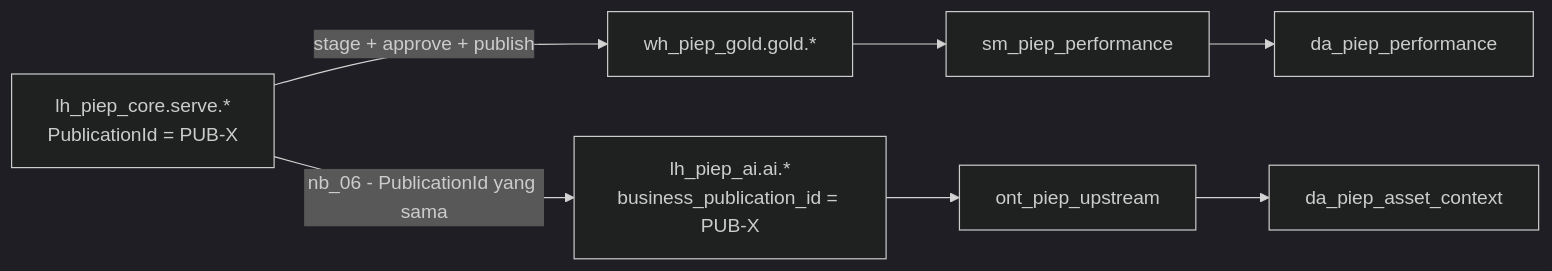
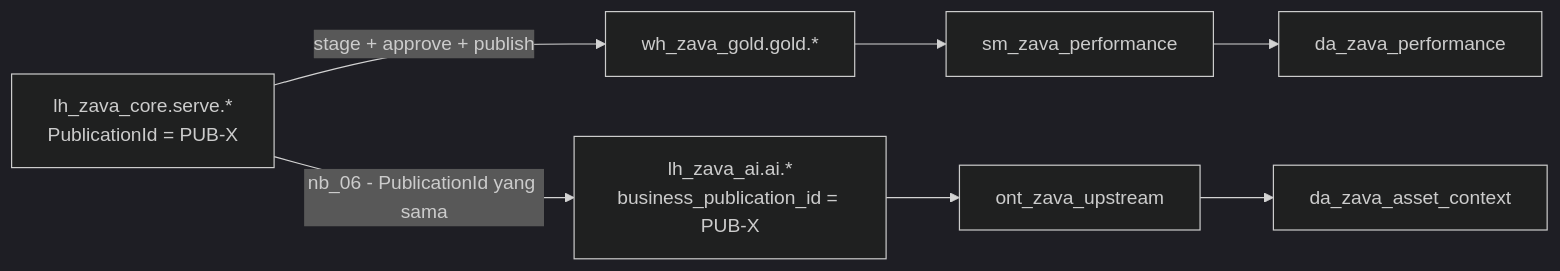
Before and after one commit to edhotp/Microsoft-Fabric-with-PPDM-Demo: the first of 2 diagrams in demo tutorial/tutorial/11-ontology.md, drawn with Mermaid (dark theme). The commit also changed other lines of this file and 67 other files, not shown here.

First line of the commit message:
Rebrand demo from PIEP to Zava Energy

````diff
--- a/demo tutorial/tutorial/11-ontology.md
+++ b/demo tutorial/tutorial/11-ontology.md
@@ -23,9 +23,9 @@
 ```mermaid
 flowchart LR
-    S["lh_piep_core.serve.*<br/>PublicationId = PUB-X"] -->|stage + approve + publish| G[wh_piep_gold.gold.*]
-    S -->|nb_06 - PublicationId yang sama| A["lh_piep_ai.ai.*<br/>business_publication_id = PUB-X"]
-    A --> O[ont_piep_upstream]
-    G --> M[sm_piep_performance]
-    O --> DA2[da_piep_asset_context]
-    M --> DA1[da_piep_performance]
+    S["lh_zava_core.serve.*<br/>PublicationId = PUB-X"] -->|stage + approve + publish| G[wh_zava_gold.gold.*]
+    S -->|nb_06 - PublicationId yang sama| A["lh_zava_ai.ai.*<br/>business_publication_id = PUB-X"]
+    A --> O[ont_zava_upstream]
+    G --> M[sm_zava_performance]
+    O --> DA2[da_zava_asset_context]
+    M --> DA1[da_zava_performance]
 ```
````
